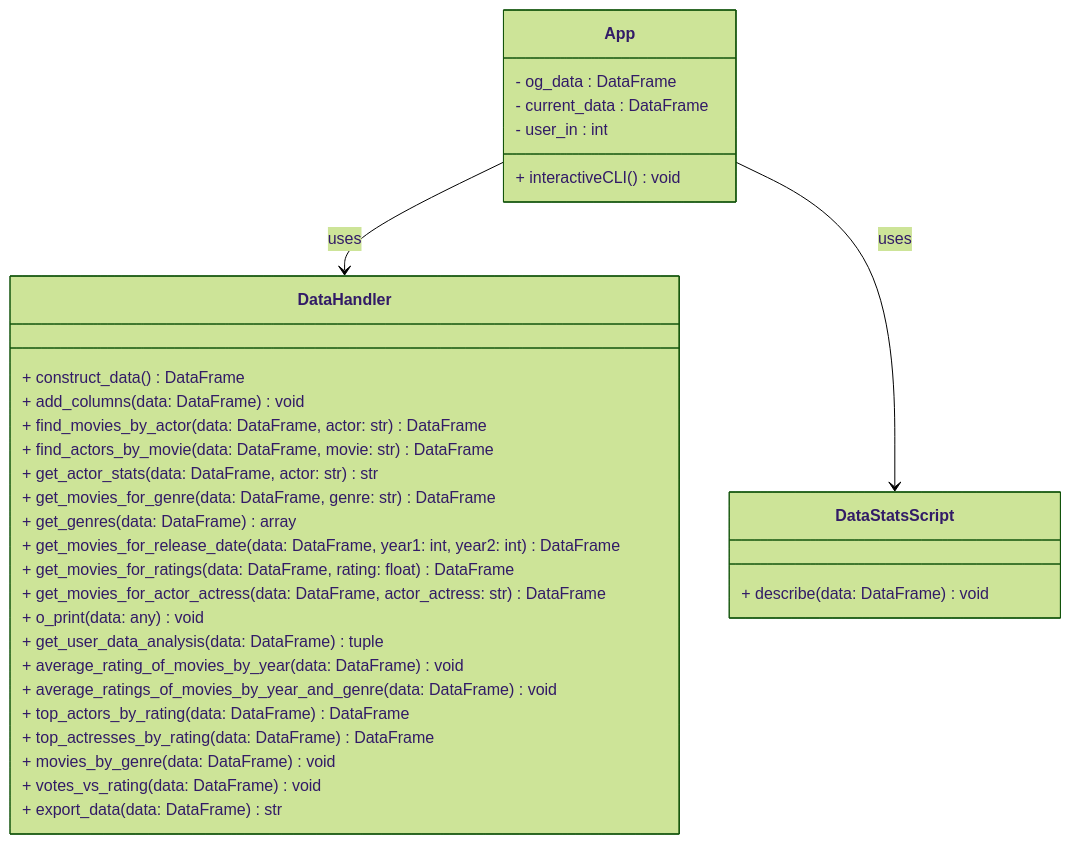
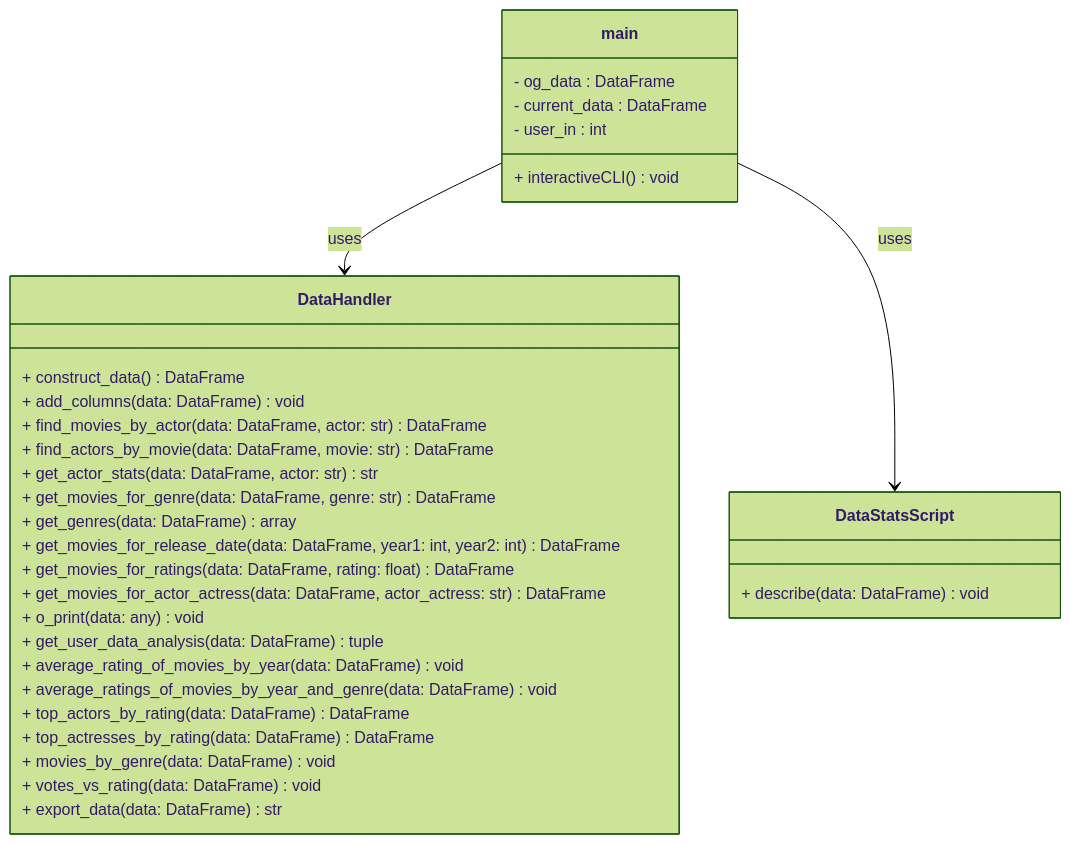
One commit to barrettsapunjis/ENSF692-Project changed the diagram in README.md. Above: the diagram before and after it, drawn with Mermaid (forest theme). The commit also changed other lines of this file and 2 other files, not shown here.

Commit message:
some final touchups

````diff
--- a/README.md
+++ b/README.md
@@ -36,38 +37,38 @@
 ```mermaid graph TD
 classDiagram
-    class App {
+    class main {
         - og_data : DataFrame
         - current_data : DataFrame
         - user_in : int
         + interactiveCLI() void
     }
     
     class DataHandler {
         + construct_data() DataFrame
         + add_columns(data: DataFrame) void
         + find_movies_by_actor(data: DataFrame, actor: str) DataFrame
         + find_actors_by_movie(data: DataFrame, movie: str) DataFrame
         + get_actor_stats(data: DataFrame, actor: str) str
         + get_movies_for_genre(data: DataFrame, genre: str) DataFrame
         + get_genres(data: DataFrame) array
         + get_movies_for_release_date(data: DataFrame, year1: int, year2: int) DataFrame
         + get_movies_for_ratings(data: DataFrame, rating: float) DataFrame
         + get_movies_for_actor_actress(data: DataFrame, actor_actress: str) DataFrame
         + o_print(data: any) void
         + get_user_data_analysis(data: DataFrame) tuple
         + average_rating_of_movies_by_year(data: DataFrame) void
         + average_ratings_of_movies_by_year_and_genre(data: DataFrame) void
         + top_actors_by_rating(data: DataFrame) DataFrame
         + top_actresses_by_rating(data: DataFrame) DataFrame
         + movies_by_genre(data: DataFrame) void
         + votes_vs_rating(data: DataFrame) void
         + export_data(data: DataFrame) str
     }
     
     class DataStatsScript {
         + describe(data: DataFrame) void
     }
     
-    App --> DataHandler : uses
-    App --> DataStatsScript : uses
+    main --> DataHandler : uses
+    main --> DataStatsScript : uses
 ```
````
